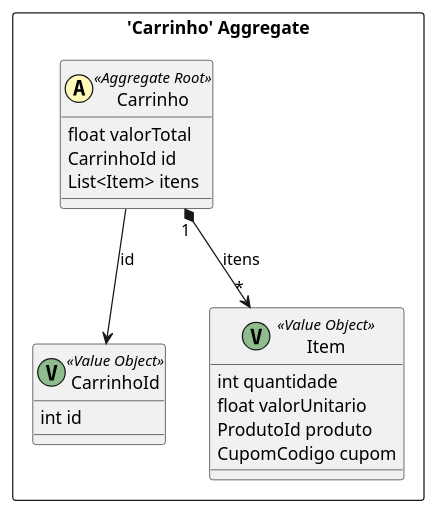
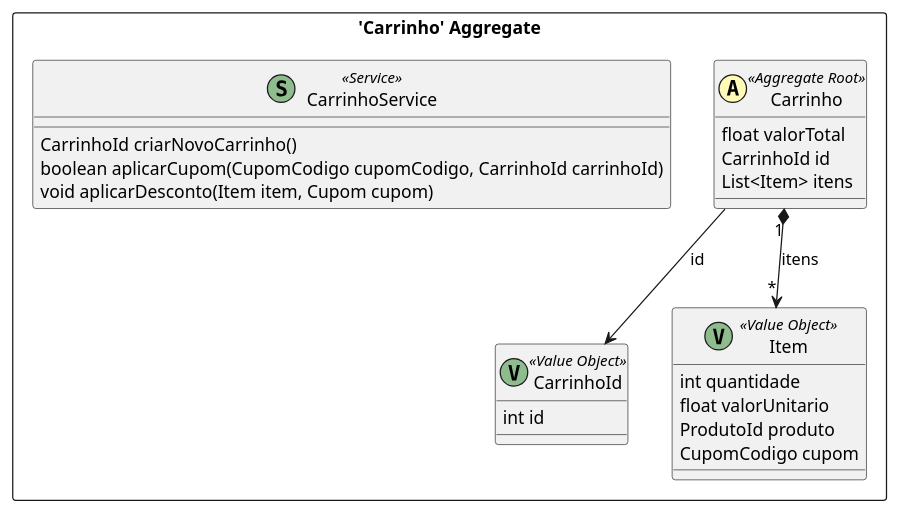
Before and after one commit to VictorHTenorio/Requisitos-Projeto-de-Software-e-Valida-o: the diagram in ContextMapper/src-gen/ContextMapper_BC_Loja_Carrinho.puml, drawn with PlantUML. The commit also changed 10 other files, not shown here.

```diff
--- a/ContextMapper/src-gen/ContextMapper_BC_Loja_Carrinho.puml
+++ b/ContextMapper/src-gen/ContextMapper_BC_Loja_Carrinho.puml
@@ -1,25 +1,30 @@
 @startuml
 
 skinparam componentStyle uml2
 
 package "'Carrinho' Aggregate" <<Rectangle>> {
 	class Carrinho <<(A,#fffab8) Aggregate Root>> {
 		float valorTotal
 		CarrinhoId id
 		List<Item> itens
 	}
 	class CarrinhoId <<(V,DarkSeaGreen) Value Object>> {
 		int id
 	}
 	class Item <<(V,DarkSeaGreen) Value Object>> {
 		int quantidade
 		float valorUnitario
 		ProdutoId produto
 		CupomCodigo cupom
 	}
+	class CarrinhoService <<(S,DarkSeaGreen) Service>> {
+		CarrinhoId criarNovoCarrinho()
+		boolean aplicarCupom(CupomCodigo cupomCodigo, CarrinhoId carrinhoId)
+		void aplicarDesconto(Item item, Cupom cupom)
+	}
 }
 Carrinho "1" *--> "*" Item : itens
 Carrinho --> CarrinhoId : id
 
 
 @enduml
```
